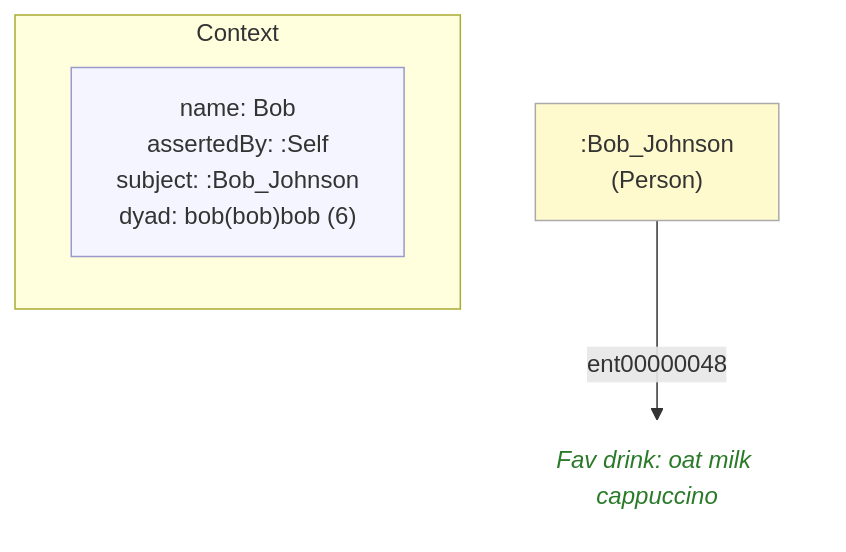
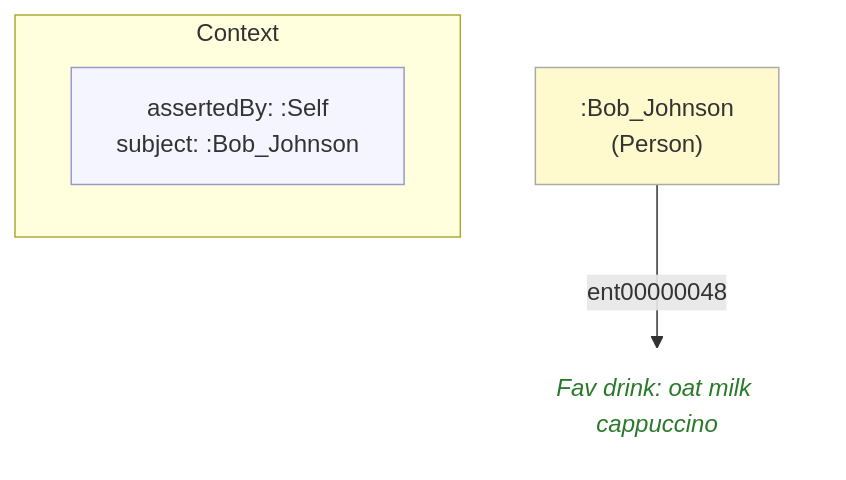
Before and after one commit to MeeFoundation/mia-ontologies: the diagram in example/contexts/images/05-bob(bob)alice.mmd, drawn with Mermaid. The commit also changed 118 other files, not shown here.

```diff
--- a/example/contexts/images/05-bob(bob)alice.mmd
+++ b/example/contexts/images/05-bob(bob)alice.mmd
@@ -1,16 +1,16 @@
 flowchart TD
     classDef person fill:#fffacd,stroke:#aaa,color:#333
     classDef grp    fill:#d4edda,stroke:#aaa,color:#333
     classDef org    fill:#cce5ff,stroke:#aaa,color:#333
     classDef lit    fill:none,stroke:none,font-style:italic,color:#2a7a2a
     classDef meta   fill:#f5f5ff,stroke:#9999cc,color:#333
 
     subgraph ctx["Context"]
         direction LR
-        ctx_meta["name: Bob\nassertedBy: :Self\nsubject: :Bob_Johnson\ndyad: bob(bob)bob (6)"]:::meta
+        ctx_meta["assertedBy: :Self\nsubject: :Bob_Johnson"]:::meta
     end
 
     n166b15bd501b[":Bob_Johnson\n(Person)"]:::person
-    n62ec39738227("Fav drink: oat milk cappuccino"):::lit
+    n926cfbf4832f("Fav drink: oat milk cappuccino"):::lit
 
-    n166b15bd501b -->|"ent00000048"| n62ec39738227
+    n166b15bd501b -->|"ent00000048"| n926cfbf4832f
```
